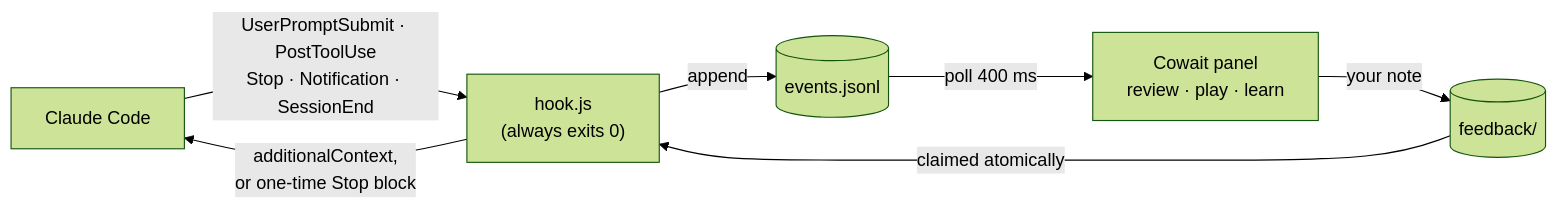
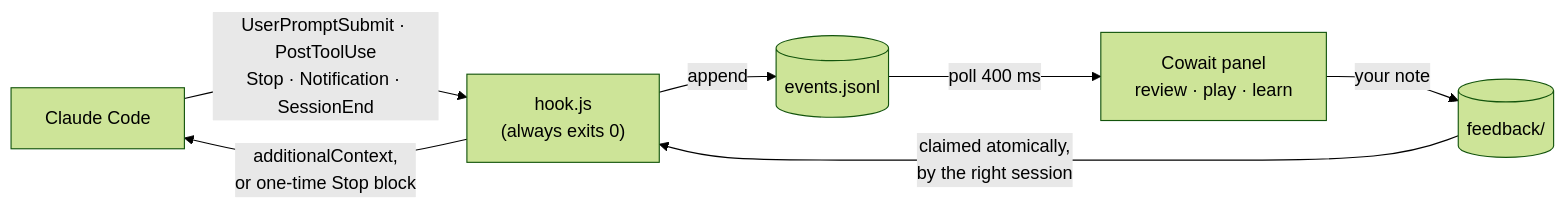
Before and after one commit to JaspinXu/Cowait: the diagram in README.md, drawn with Mermaid (forest theme). The commit also changed other lines of this file and 48 other files, not shown here.

````diff
--- a/README.md
+++ b/README.md
@@ -126,9 +128,9 @@
 ```mermaid
 flowchart LR
     CC["Claude Code"] -- "UserPromptSubmit · PostToolUse<br/>Stop · Notification · SessionEnd" --> H["hook.js<br/>(always exits 0)"]
     H -- append --> L[("events.jsonl")]
     L -- "poll 400 ms" --> P["Cowait panel<br/>review · play · learn"]
     P -- "your note" --> Q[("feedback/")]
-    Q -- "claimed atomically" --> H
+    Q -- "claimed atomically,<br/>by the right session" --> H
     H -- "additionalContext,<br/>or one-time Stop block" --> CC
 ```
````
